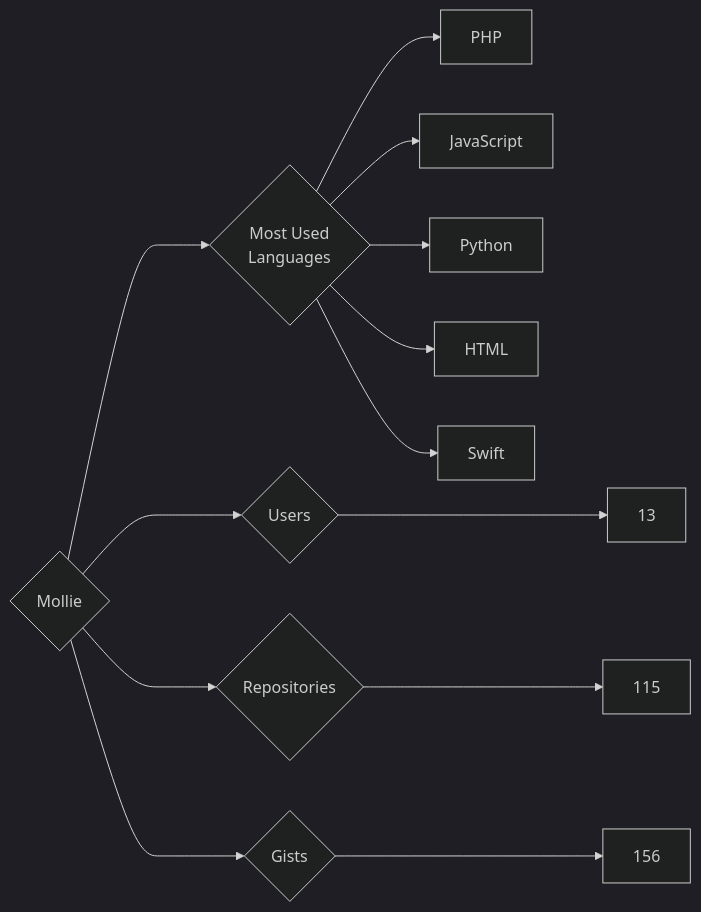
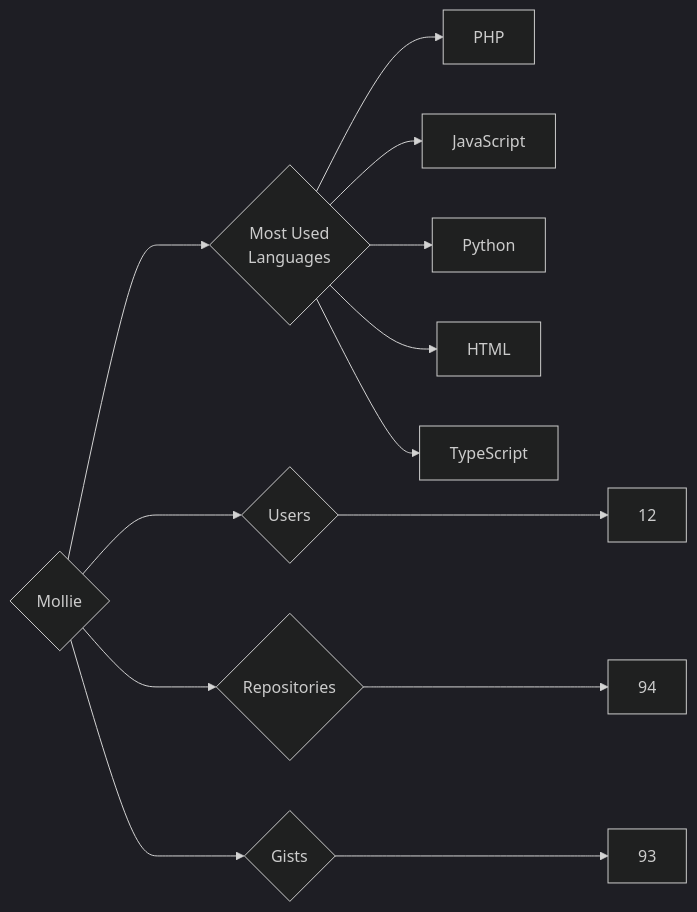
The diagram in targets/Mollie/README.md (trickest/insiders), drawn with Mermaid (dark theme) before and after one commit. The commit also changed 797 other files, not shown here.

````diff
--- a/targets/Mollie/README.md
+++ b/targets/Mollie/README.md
@@ -3,13 +3,13 @@
 ```mermaid
 graph LR
 COMPANY_NAME{Mollie}
-COMPANY_NAME ---> U{Users} ---> UN[13]
-COMPANY_NAME ---> R{Repositories} ---> RN[115]
-COMPANY_NAME ---> G{Gists} ---> GN[156]
+COMPANY_NAME ---> U{Users} ---> UN[12]
+COMPANY_NAME ---> R{Repositories} ---> RN[94]
+COMPANY_NAME ---> G{Gists} ---> GN[93]
 COMPANY_NAME ---> ML{Most Used<br>Languages}
 ML --> PHP[PHP]
 ML --> JavaScript[JavaScript]
 ML --> Python[Python]
 ML --> HTML[HTML]
-ML --> Swift[Swift]
+ML --> TypeScript[TypeScript]
 ```
````
